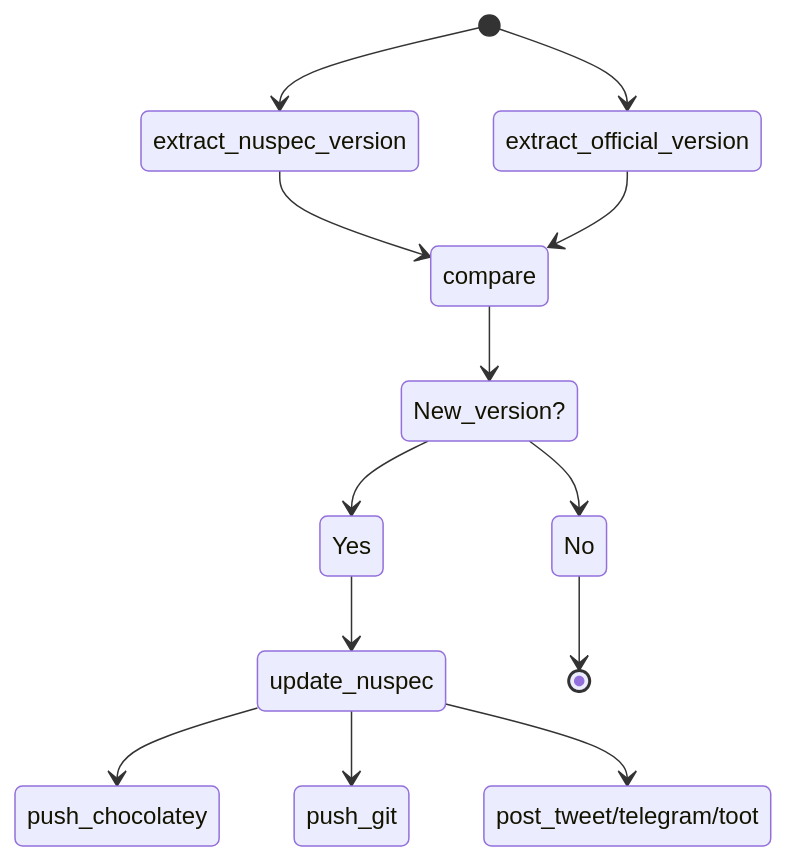
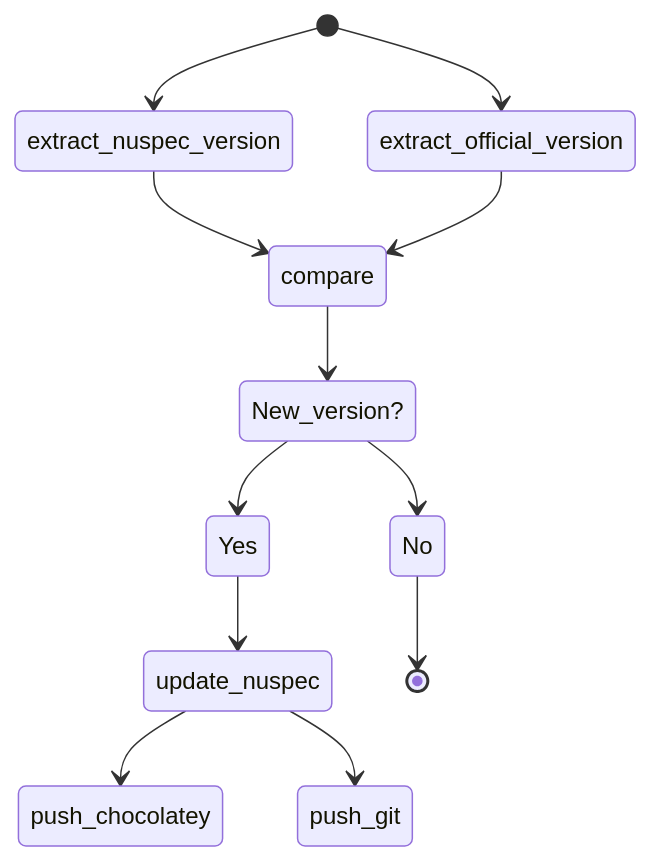
Before and after one commit to A-d-r-i/update_choco_packages: the diagram in README.md, drawn with Mermaid. The commit also changed other lines of this file, not shown here.

````diff
--- a/README.md
+++ b/README.md
@@ -53,18 +50,17 @@
 ```mermaid
 stateDiagram-v2
     [*] --> extract_nuspec_version
     [*] --> extract_official_version
     extract_nuspec_version --> compare
     extract_official_version --> compare
 
     compare --> New_version?
     New_version? --> Yes
     New_version? --> No
 
     Yes --> update_nuspec
     update_nuspec --> push_chocolatey
     update_nuspec --> push_git
-    update_nuspec --> post_tweet/telegram/toot
     No --> [*]
   
 ```
````
